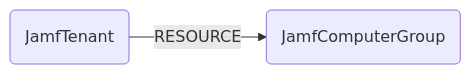
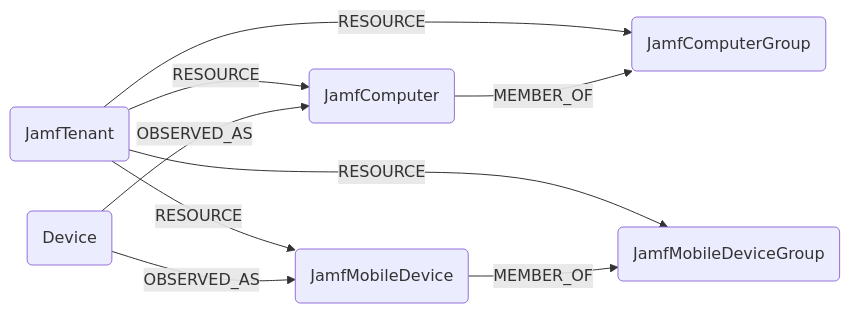
One commit to cartography-cncf/cartography changed the diagram in docs/root/modules/jamf/schema.md. Above: the diagram before and after it, drawn with Mermaid. The commit also changed other lines of this file and 18 other files, not shown here.

````diff
--- a/docs/root/modules/jamf/schema.md
+++ b/docs/root/modules/jamf/schema.md
@@ -3,4 +3,11 @@
 ```mermaid
 graph LR
-T(JamfTenant) -- RESOURCE --> G(JamfComputerGroup)
+T(JamfTenant) -- RESOURCE --> CG(JamfComputerGroup)
+T -- RESOURCE --> MG(JamfMobileDeviceGroup)
+T -- RESOURCE --> C(JamfComputer)
+T -- RESOURCE --> M(JamfMobileDevice)
+C -- MEMBER_OF --> CG
+M -- MEMBER_OF --> MG
+D(Device) -- OBSERVED_AS --> C
+D -- OBSERVED_AS --> M
 ```
````
